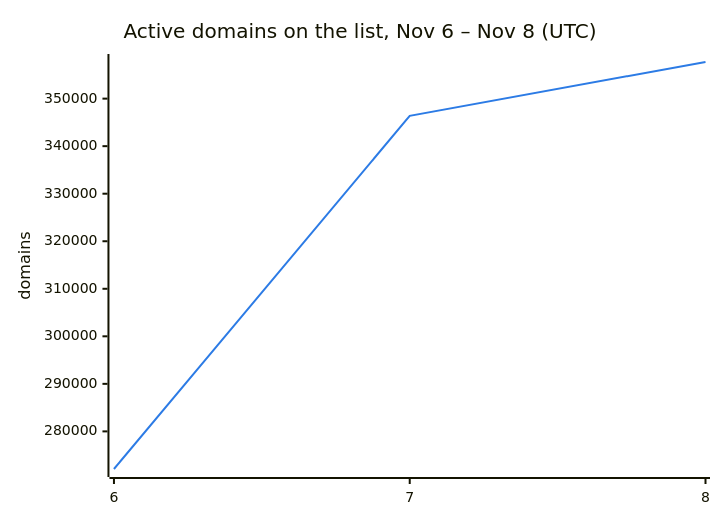
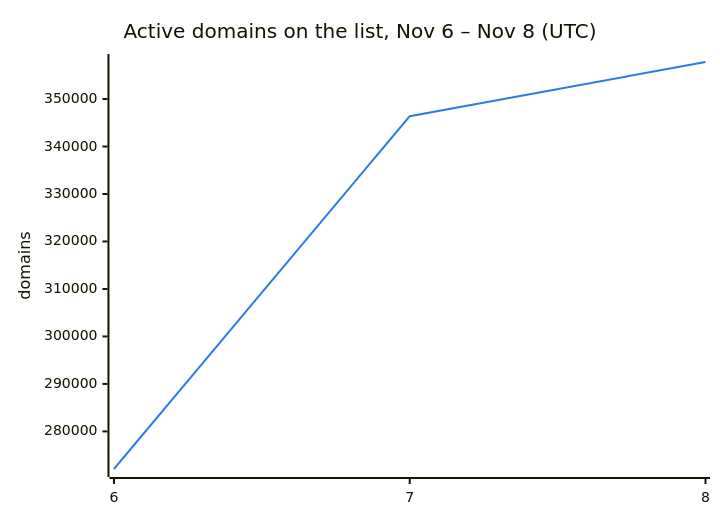
The second of 3 diagrams in README.md (DNSBunker/CTI), drawn with Mermaid before and after one commit. The commit also changed other lines of this file and 3 other files, not shown here.

````diff
--- a/README.md
+++ b/README.md
@@ -38,8 +38,8 @@
 ```mermaid
 %%{init: {"themeVariables": {"xyChart": {"plotColorPalette": "#2c7be5"}}}}%%
 xychart-beta
     title "Active domains on the list, Nov 6 – Nov 8 (UTC)"
     x-axis ["6", "7", "8"]
     y-axis "domains"
-    line [272088, 346388, 357706]
+    line [272088, 346388, 357797]
 ```
````
